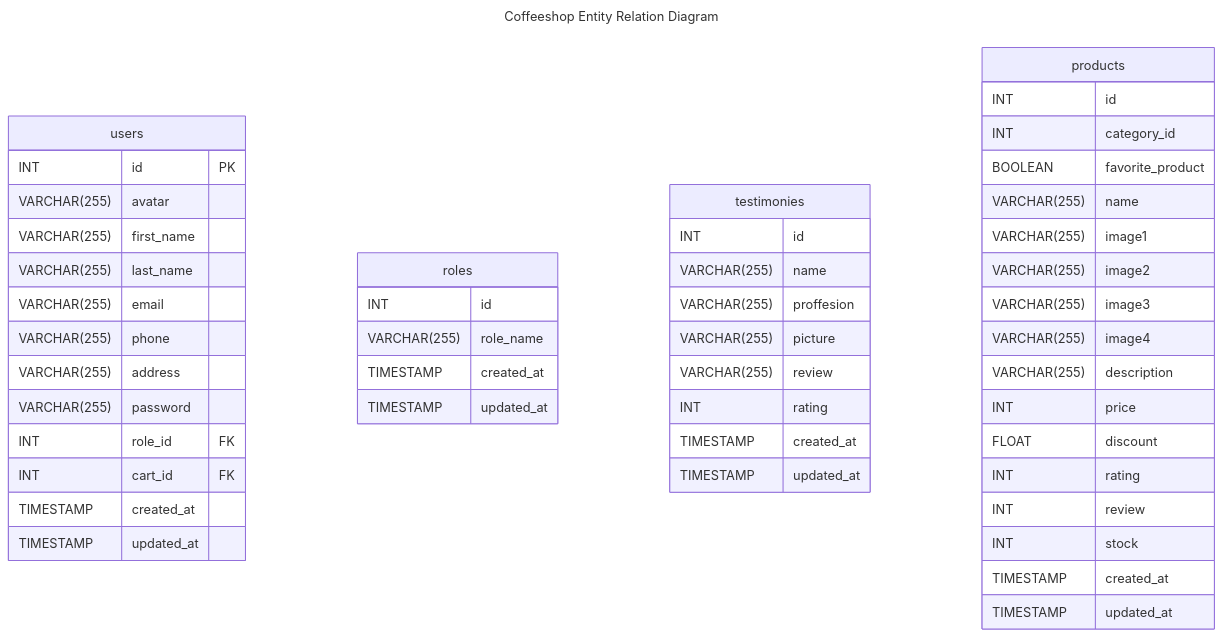
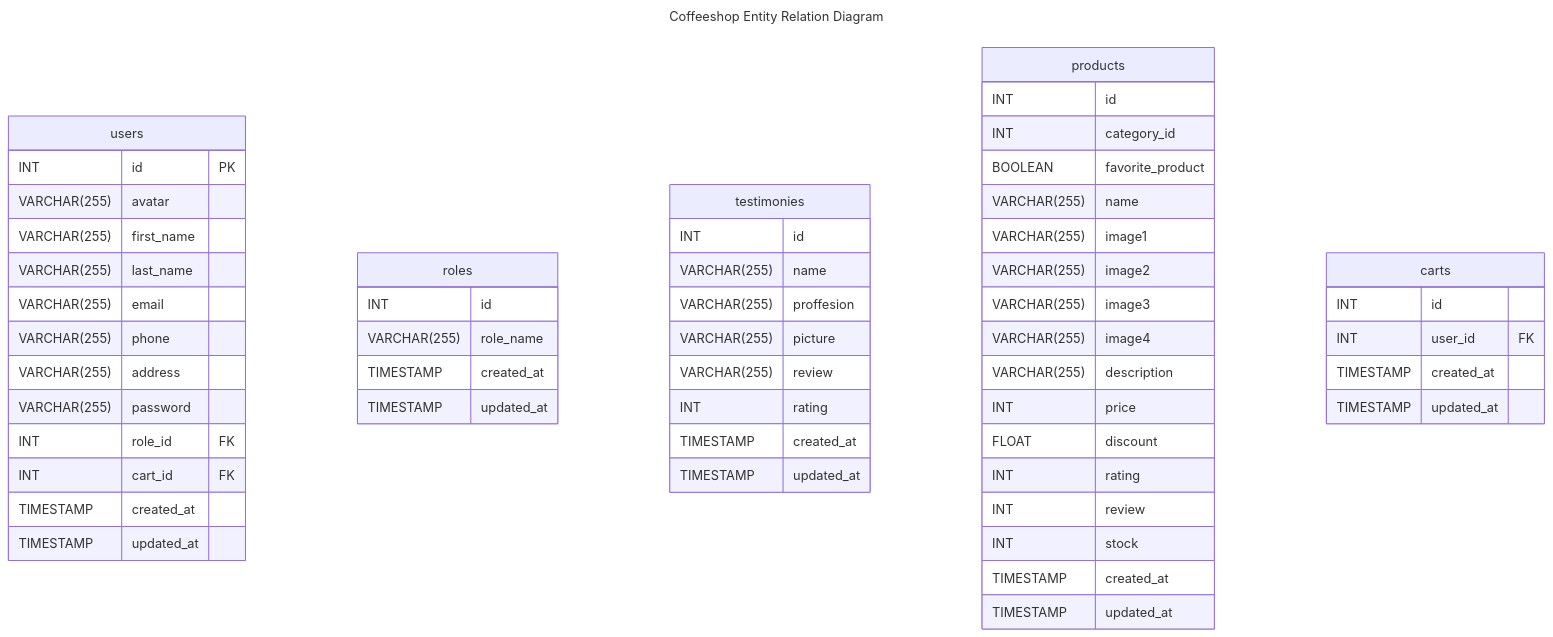
Before and after one commit to rezafauzan/koda-b6-db: the diagram in readme.md, drawn with Mermaid.

Commit message:
Feat: add new entity carts

````diff
--- a/readme.md
+++ b/readme.md
@@ -2,58 +2,65 @@
 ```mermaid
 ---
 title: Coffeeshop Entity Relation Diagram
 ---
     erDiagram
 
     users {
         INT id PK 
         VARCHAR(255) avatar
         VARCHAR(255) first_name
         VARCHAR(255) last_name
         VARCHAR(255) email
         VARCHAR(255) phone
         VARCHAR(255) address
         VARCHAR(255) password
         INT role_id FK
         INT cart_id FK
         TIMESTAMP created_at
         TIMESTAMP updated_at
     }
 
     roles{
         INT id 
         VARCHAR(255) role_name
         TIMESTAMP created_at
         TIMESTAMP updated_at
     }
 
     testimonies {
         INT id
         VARCHAR(255) name
         VARCHAR(255) proffesion
         VARCHAR(255) picture
         VARCHAR(255) review
         INT rating
         TIMESTAMP created_at
         TIMESTAMP updated_at
     }
     
     products {
         INT id
         INT category_id
         BOOLEAN favorite_product
         VARCHAR(255) name
         VARCHAR(255) image1
         VARCHAR(255) image2
         VARCHAR(255) image3
         VARCHAR(255) image4
         VARCHAR(255) description
         INT price
         FLOAT discount
         INT rating
         INT review
         INT stock
         TIMESTAMP created_at
         TIMESTAMP updated_at
     }
+
+    carts{
+        INT id
+        INT user_id FK
+        TIMESTAMP created_at
+        TIMESTAMP updated_at
+    }
 ```
````
